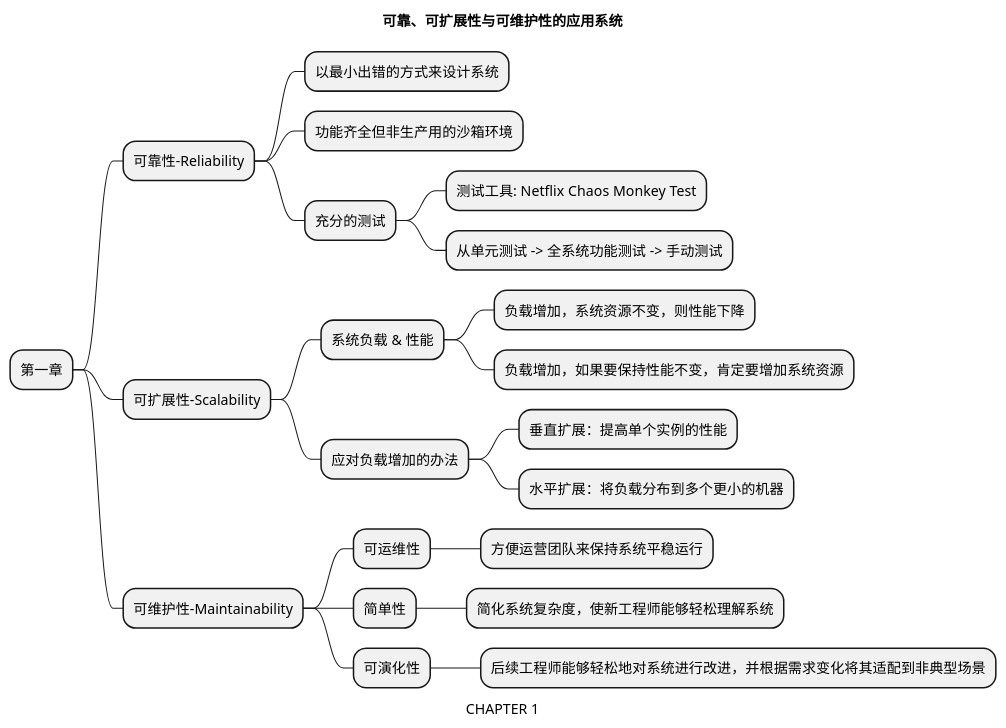
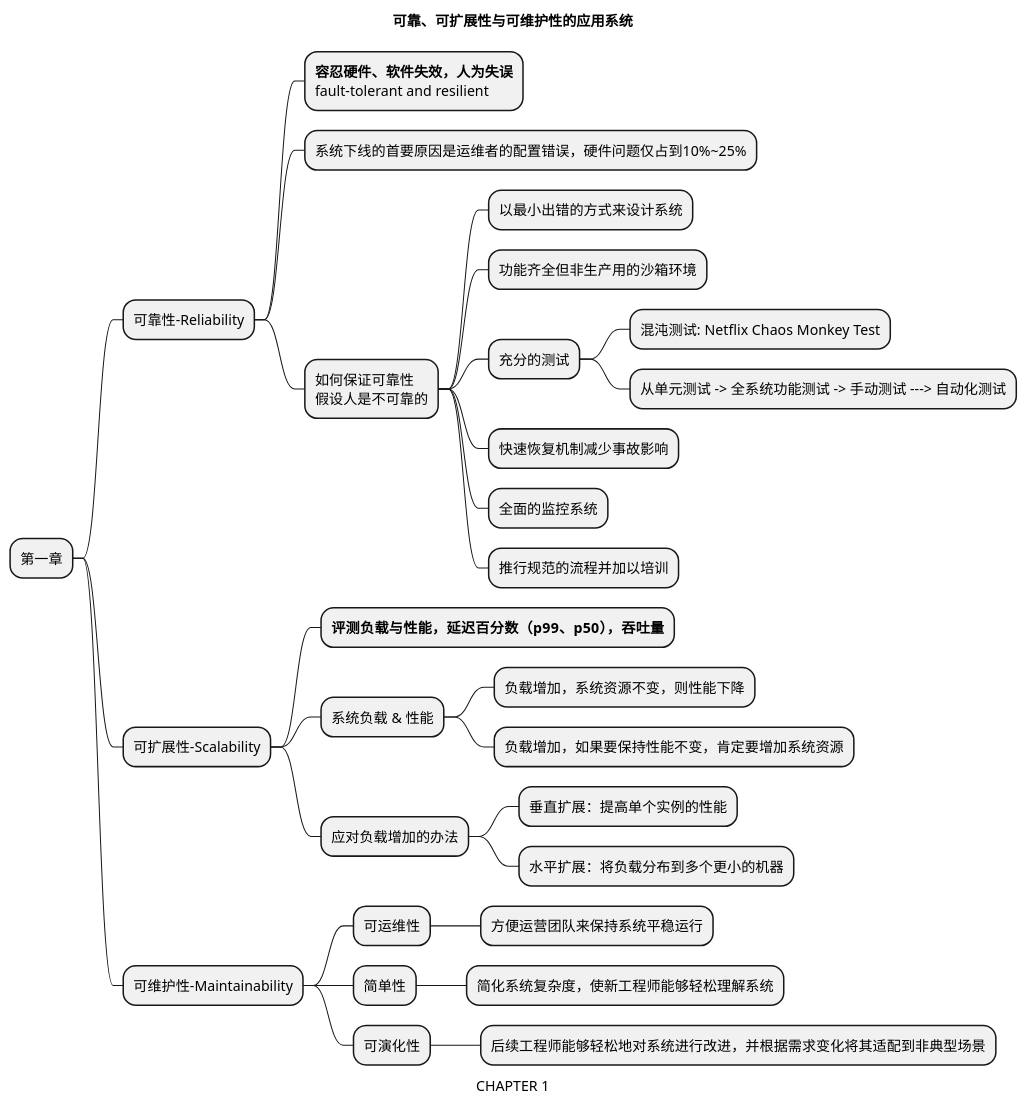
Before and after one commit to kuqi007/zor-advanced: the diagram in notes/ddia/第一章.puml, drawn with PlantUML.

Commit message:
docs: DDIA chapter 1.

```diff
--- a/notes/ddia/第一章.puml
+++ b/notes/ddia/第一章.puml
@@ -1,42 +1,50 @@
 @startmindmap
 'https://plantuml.com/mindmap-diagram
 
 caption CHAPTER 1
 title 可靠、可扩展性与可维护性的应用系统
 
 * 第一章
 ** 可靠性-Reliability
-*** 以最小出错的方式来设计系统
-*** 功能齐全但非生产用的沙箱环境
-*** 充分的测试
-**** 测试工具: Netflix Chaos Monkey Test
-**** 从单元测试 -> 全系统功能测试 -> 手动测试
+*** **容忍硬件、软件失效，人为失误**\nfault-tolerant and resilient
+*** 系统下线的首要原因是运维者的配置错误，硬件问题仅占到10%~25%
+*** 如何保证可靠性\n假设人是不可靠的
+**** 以最小出错的方式来设计系统
+**** 功能齐全但非生产用的沙箱环境
+**** 充分的测试
+***** 混沌测试: Netflix Chaos Monkey Test
+***** 从单元测试 -> 全系统功能测试 -> 手动测试 ---> 自动化测试
+**** 快速恢复机制减少事故影响
+**** 全面的监控系统
+**** 推行规范的流程并加以培训
+
 
 ** 可扩展性-Scalability
+*** **评测负载与性能，延迟百分数（p99、p50），吞吐量**
 *** 系统负载 & 性能
 **** 负载增加，系统资源不变，则性能下降
 **** 负载增加，如果要保持性能不变，肯定要增加系统资源
 *** 应对负载增加的办法
 **** 垂直扩展：提高单个实例的性能
 **** 水平扩展：将负载分布到多个更小的机器
 
 ** 可维护性-Maintainability
 *** 可运维性
 **** 方便运营团队来保持系统平稳运行
 *** 简单性
 **** 简化系统复杂度，使新工程师能够轻松理解系统
 *** 可演化性
 **** 后续工程师能够轻松地对系统进行改进，并根据需求变化将其适配到非典型场景
 
 
 'header
 'My super header7
 'endheader
 
 'center footer My super footer
 
 'legend right
 '  Short
 '  legend
 'endlegend
 @endmindmap
```
